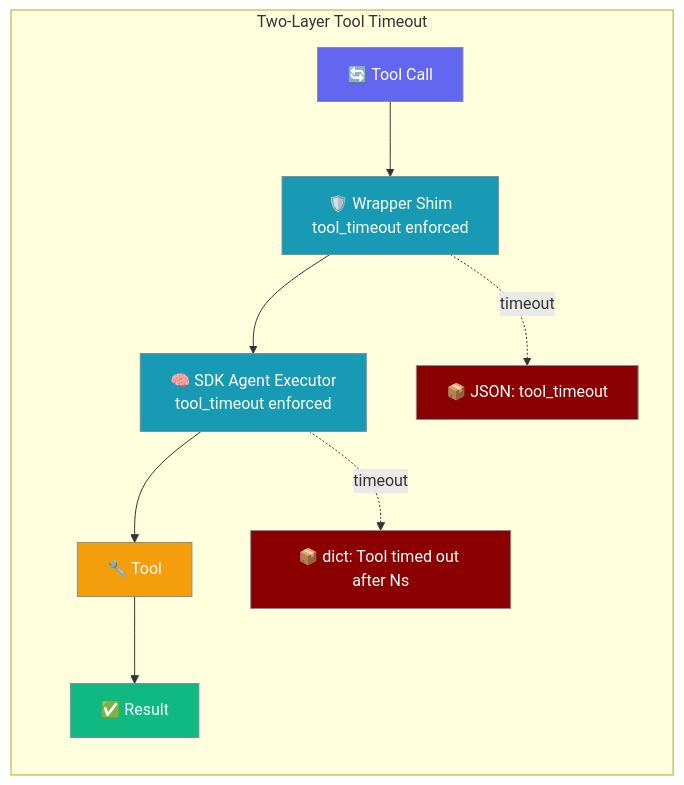
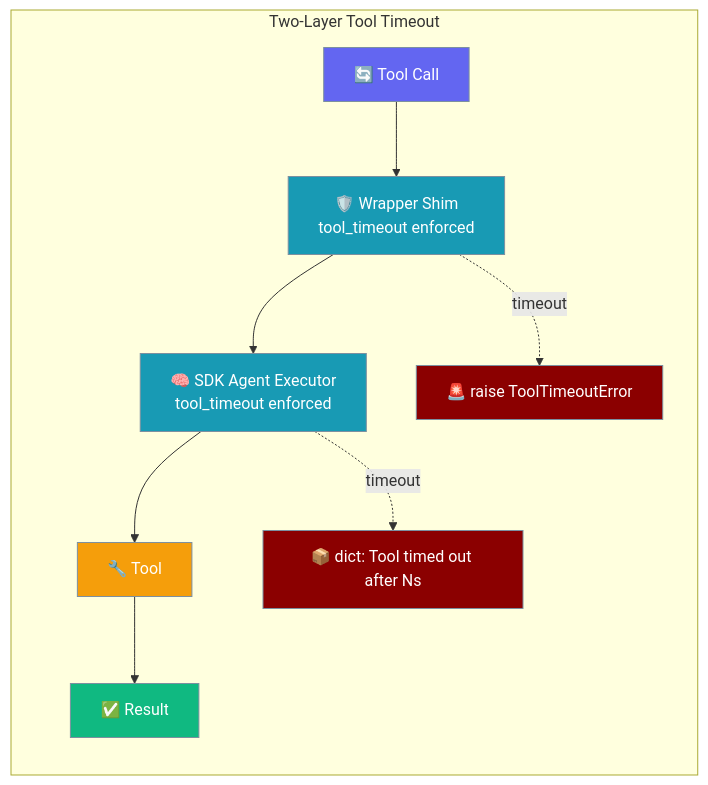
One commit to MervinPraison/PraisonAIDocs changed the third of 3 diagrams in docs/features/async-tool-safety.mdx. Above: the diagram before and after it, drawn with Mermaid. The commit also changed other lines of this file and 8 other files, not shown here.

First line of the commit message:
docs: update tool-timeout contract + document AutoGen v0.2 YAML tool wiring (fixes #1550)

````diff
--- a/docs/features/async-tool-safety.mdx
+++ b/docs/features/async-tool-safety.mdx
@@ -195,23 +197,23 @@
 ```mermaid
 graph LR
     subgraph "Two-Layer Tool Timeout"
         Call[🔄 Tool Call] --> WrapShim[🛡️ Wrapper Shim<br/>tool_timeout enforced]
         WrapShim --> SDK[🧠 SDK Agent Executor<br/>tool_timeout enforced]
         SDK --> Tool[🔧 Tool]
         Tool --> Result[✅ Result]
-        WrapShim -.->|timeout| Dict1[📦 JSON: tool_timeout]
+        WrapShim -.->|timeout| Raise1[🚨 raise ToolTimeoutError]
         SDK -.->|timeout| Dict2[📦 dict: Tool timed out after Ns]
     end
 
     classDef input fill:#6366F1,stroke:#7C90A0,color:#fff
     classDef safety fill:#189AB4,stroke:#7C90A0,color:#fff
     classDef execution fill:#F59E0B,stroke:#7C90A0,color:#fff
     classDef output fill:#10B981,stroke:#7C90A0,color:#fff
     classDef error fill:#8B0000,stroke:#7C90A0,color:#fff
 
     class Call input
     class WrapShim,SDK safety
     class Tool execution
     class Result output
-    class Dict1,Dict2 error
+    class Raise1,Dict2 error
 ```
````
